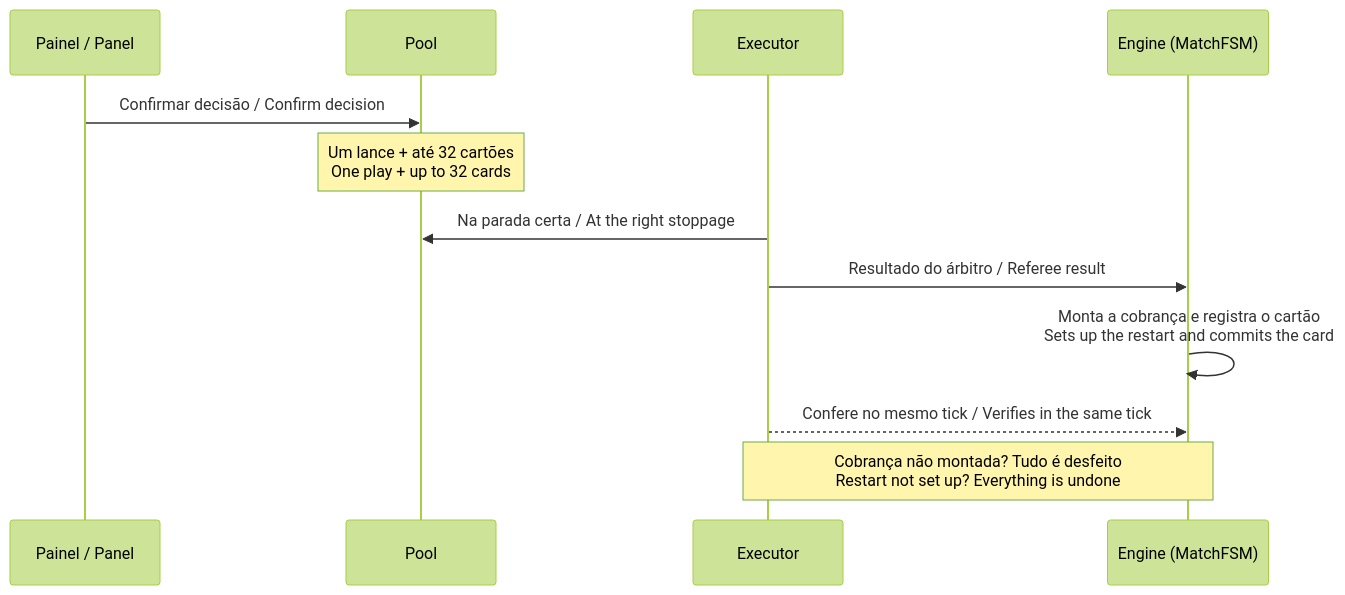
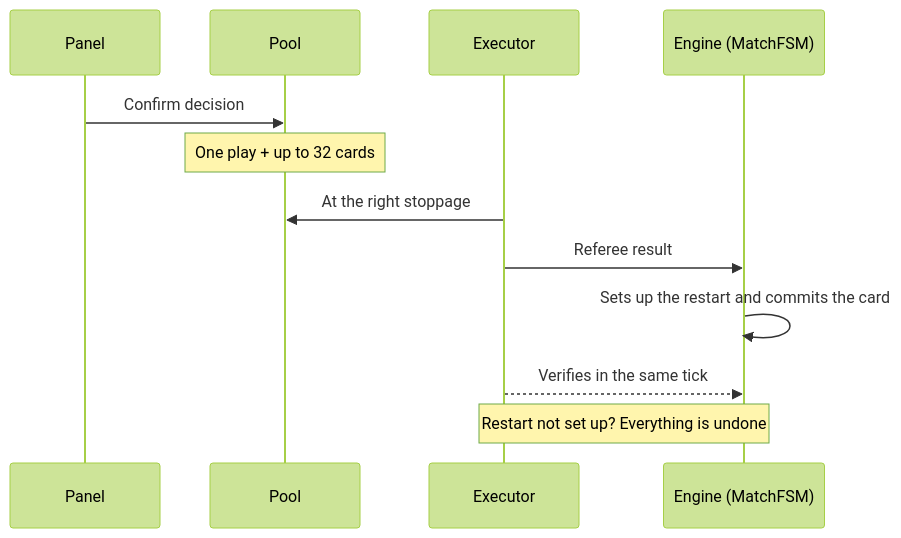
One commit to Joao-Spala/pes21-var-mod changed the second of 2 diagrams in README.md. Above: the diagram before and after it, drawn with Mermaid (forest theme). The commit also changed other lines of this file and 1 other file, not shown here.

````diff
--- a/README.md
+++ b/README.md
@@ -269,14 +143,14 @@
 ```mermaid
 sequenceDiagram
-    participant P as Painel / Panel
+    participant P as Panel
     participant Pool as Pool
     participant X as Executor
     participant E as Engine (MatchFSM)
-    P->>Pool: Confirmar decisão / Confirm decision
-    Note over Pool: Um lance + até 32 cartões<br/>One play + up to 32 cards
-    X->>Pool: Na parada certa / At the right stoppage
-    X->>E: Resultado do árbitro / Referee result
-    E->>E: Monta a cobrança e registra o cartão<br/>Sets up the restart and commits the card
-    X-->>E: Confere no mesmo tick / Verifies in the same tick
-    Note over X,E: Cobrança não montada? Tudo é desfeito<br/>Restart not set up? Everything is undone
+    P->>Pool: Confirm decision
+    Note over Pool: One play + up to 32 cards
+    X->>Pool: At the right stoppage
+    X->>E: Referee result
+    E->>E: Sets up the restart and commits the card
+    X-->>E: Verifies in the same tick
+    Note over X,E: Restart not set up? Everything is undone
 ```
````
